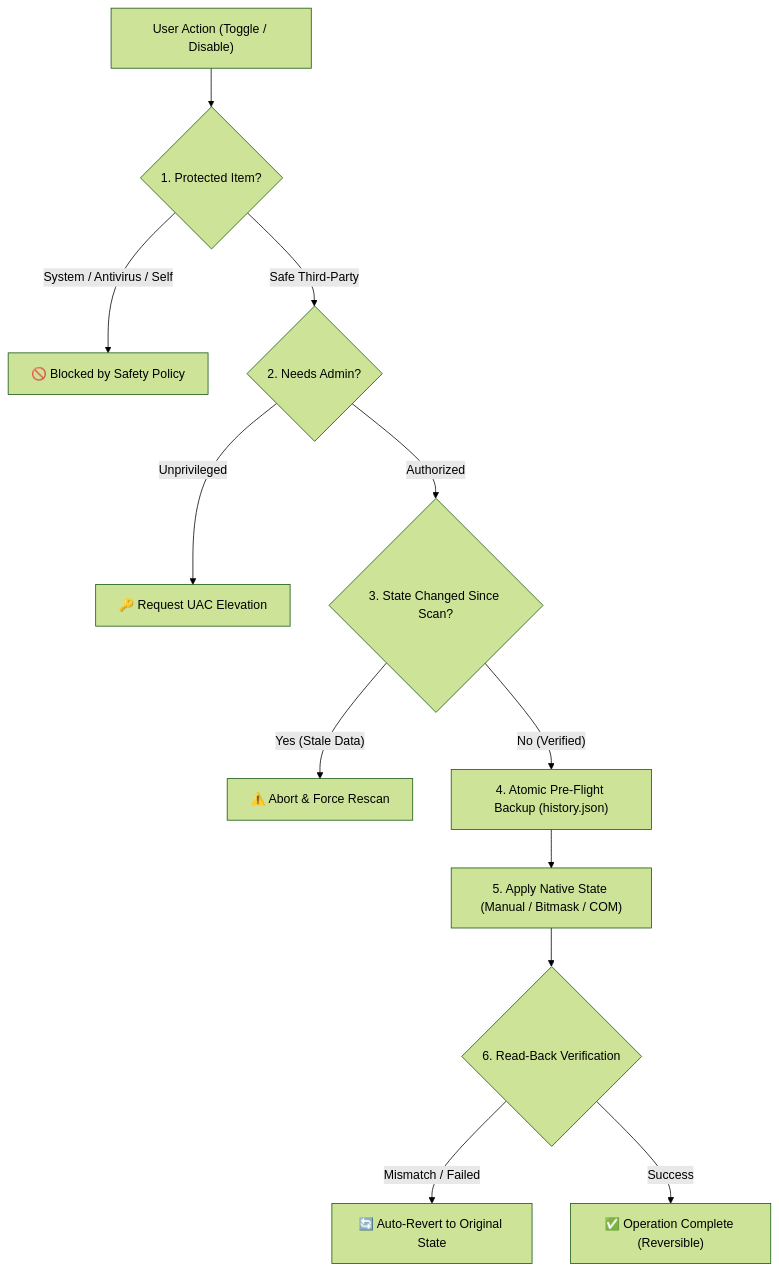
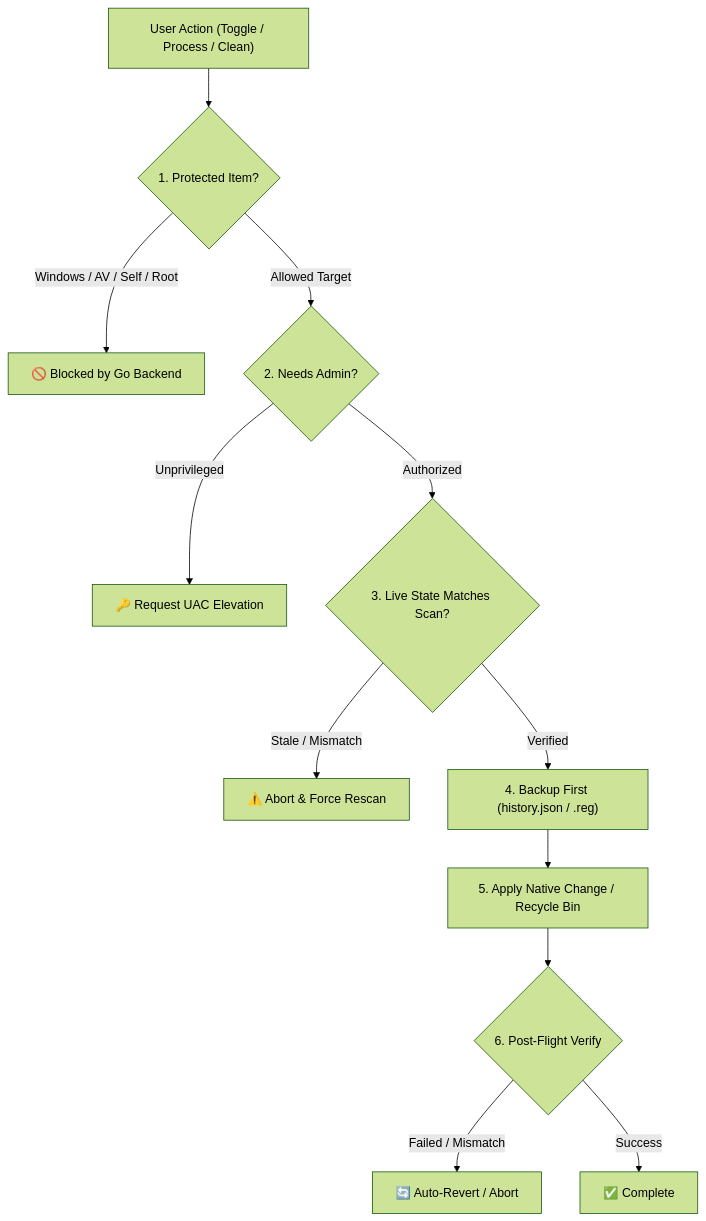
The diagram in README.md (hariharen9/WinBGM), drawn with Mermaid (forest theme) before and after one commit. The commit also changed other lines of this file and 6 other files, not shown here.

Commit message:
fix(safety): harden cleaner backups & validation, guard protected PIDs, add safety tests, LICENSE, and align README

````diff
--- a/README.md
+++ b/README.md
@@ -63,18 +63,18 @@
 ```mermaid
 flowchart TD
-    Action["User Action (Toggle / Disable)"] --> Check{"1. Protected Item?"}
-    Check -- "System / Antivirus / Self" --> Deny["🚫 Blocked by Safety Policy"]
-    Check -- "Safe Third-Party" --> UAC{"2. Needs Admin?"}
+    Action["User Action (Toggle / Process / Clean)"] --> Check{"1. Protected Item?"}
+    Check -- "Windows / AV / Self / Root" --> Deny["🚫 Blocked by Go Backend"]
+    Check -- "Allowed Target" --> UAC{"2. Needs Admin?"}
 
     UAC -- "Unprivileged" --> Elevate["🔑 Request UAC Elevation"]
-    UAC -- "Authorized" --> State{"3. State Changed Since Scan?"}
+    UAC -- "Authorized" --> State{"3. Live State Matches Scan?"}
 
-    State -- "Yes (Stale Data)" --> Abort["⚠️ Abort & Force Rescan"]
-    State -- "No (Verified)" --> Backup["4. Atomic Pre-Flight Backup (history.json)"]
+    State -- "Stale / Mismatch" --> Abort["⚠️ Abort & Force Rescan"]
+    State -- "Verified" --> Backup["4. Backup First (history.json / .reg)"]
 
-    Backup --> Apply["5. Apply Native State (Manual / Bitmask / COM)"]
-    Apply --> Verify{"6. Read-Back Verification"}
+    Backup --> Apply["5. Apply Native Change / Recycle Bin"]
+    Apply --> Verify{"6. Post-Flight Verify"}
 
-    Verify -- "Mismatch / Failed" --> Rollback["🔄 Auto-Revert to Original State"]
-    Verify -- "Success" --> Done["✅ Operation Complete (Reversible)"]
+    Verify -- "Failed / Mismatch" --> Rollback["🔄 Auto-Revert / Abort"]
+    Verify -- "Success" --> Done["✅ Complete"]
 ```
````
